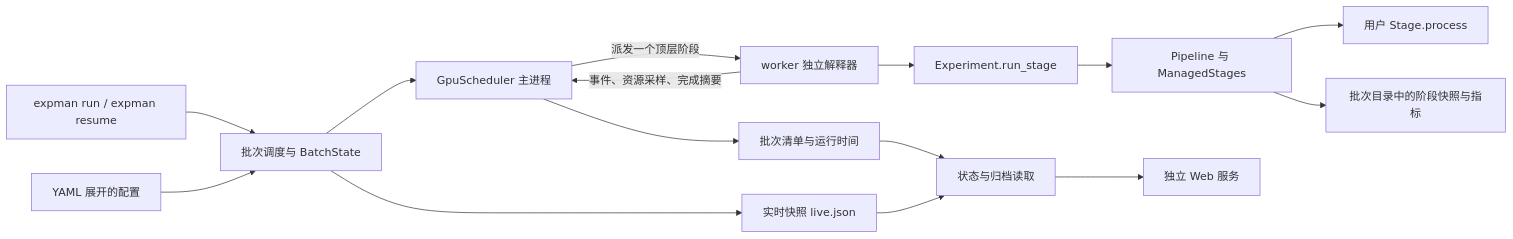
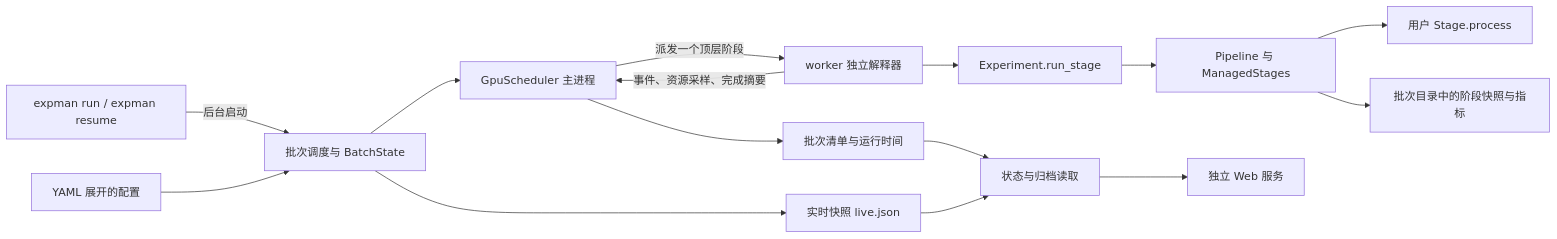
Before and after one commit to xuEZer/expman: the diagram in DESIGN.md, drawn with Mermaid. The commit also changed other lines of this file and 40 other files, not shown here.

First line of the commit message:
feat(cli)!: launch and resume batches in the background

````diff
--- a/DESIGN.md
+++ b/DESIGN.md
@@ -9,17 +21,17 @@
 ```mermaid
 flowchart LR
-    CLI["expman run / expman resume"] --> B["批次调度与 BatchState"]
+    CLI["expman run / expman resume"] -->|后台启动| B["批次调度与 BatchState"]
     CFG["YAML 展开的配置"] --> B
     B --> G["GpuScheduler 主进程"]
     G -->|派发一个顶层阶段| W["worker 独立解释器"]
     W --> E["Experiment.run_stage"]
     E --> P["Pipeline 与 ManagedStages"]
     P --> U["用户 Stage.process"]
     W -->|事件、资源采样、完成摘要| G
     P --> D["批次目录中的阶段快照与指标"]
     G --> M["批次清单与运行时间"]
     B --> L["实时快照 live.json"]
     M --> V["状态与归档读取"]
     L --> V
     V --> UI["独立 Web 服务"]
 ```
````
